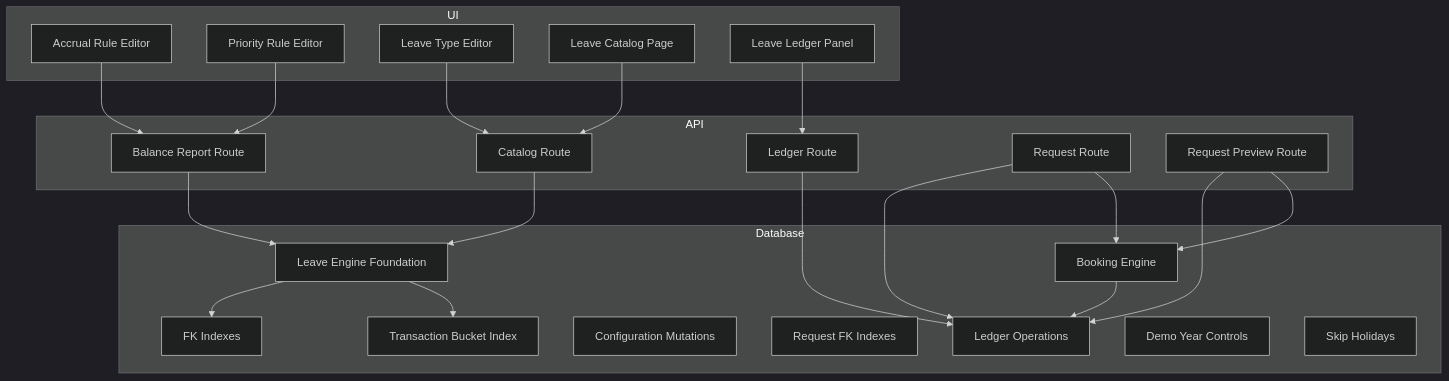
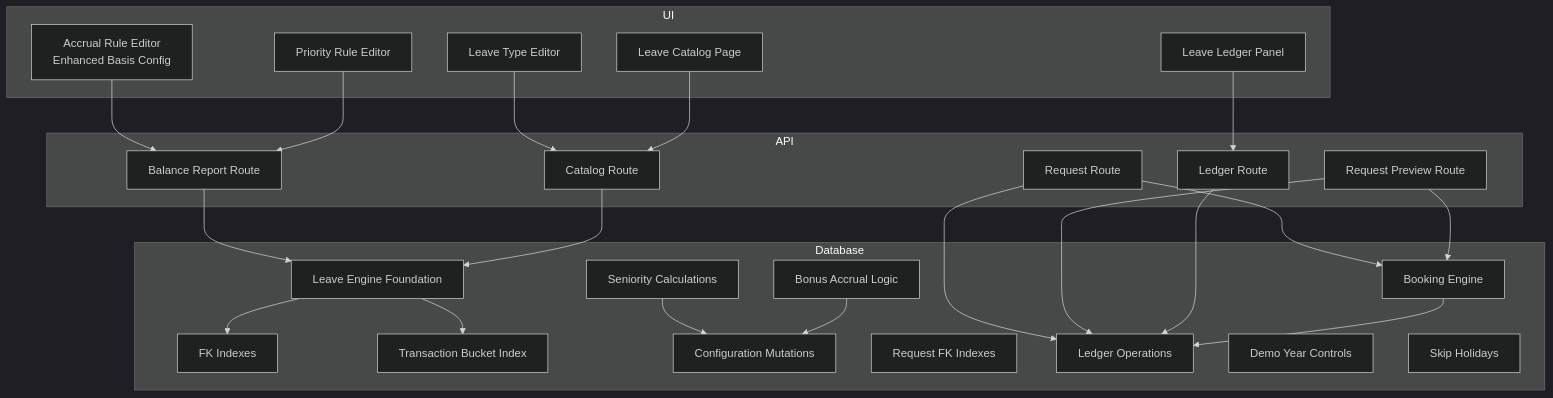
Before and after one commit to EdwinCycling/LiquidHR: the first of 10 diagrams in .qoder/repowiki/en/content/Advanced Features/Leave Management/Accrual Engine.md, drawn with Mermaid (dark theme). The commit also changed other lines of this file and 120 other files, not shown here.

````diff
--- a/.qoder/repowiki/en/content/Advanced Features/Leave Management/Accrual Engine.md
+++ b/.qoder/repowiki/en/content/Advanced Features/Leave Management/Accrual Engine.md
@@ -50,43 +61,47 @@
 ```mermaid
 graph TB
 subgraph "UI"
-A["Accrual Rule Editor"]
+A["Accrual Rule Editor<br/>Enhanced Basis Config"]
 B["Priority Rule Editor"]
 C["Leave Type Editor"]
 D["Leave Catalog Page"]
 E["Leave Ledger Panel"]
 end
 subgraph "API"
 F["Balance Report Route"]
 G["Catalog Route"]
 H["Ledger Route"]
 I["Request Route"]
 J["Request Preview Route"]
 end
 subgraph "Database"
 K["Leave Engine Foundation"]
 L["FK Indexes"]
 M["Transaction Bucket Index"]
 N["Configuration Mutations"]
 O["Booking Engine"]
 P["Request FK Indexes"]
 Q["Ledger Operations"]
 R["Demo Year Controls"]
 S["Skip Holidays"]
+T["Seniority Calculations"]
+U["Bonus Accrual Logic"]
 end
 A --> F
 B --> F
 C --> G
 D --> G
 E --> H
 I --> Q
 J --> Q
 F --> K
 G --> K
 H --> Q
 I --> O
 J --> O
 K --> L
 K --> M
 O --> Q
+T --> N
+U --> N
 ```
````
